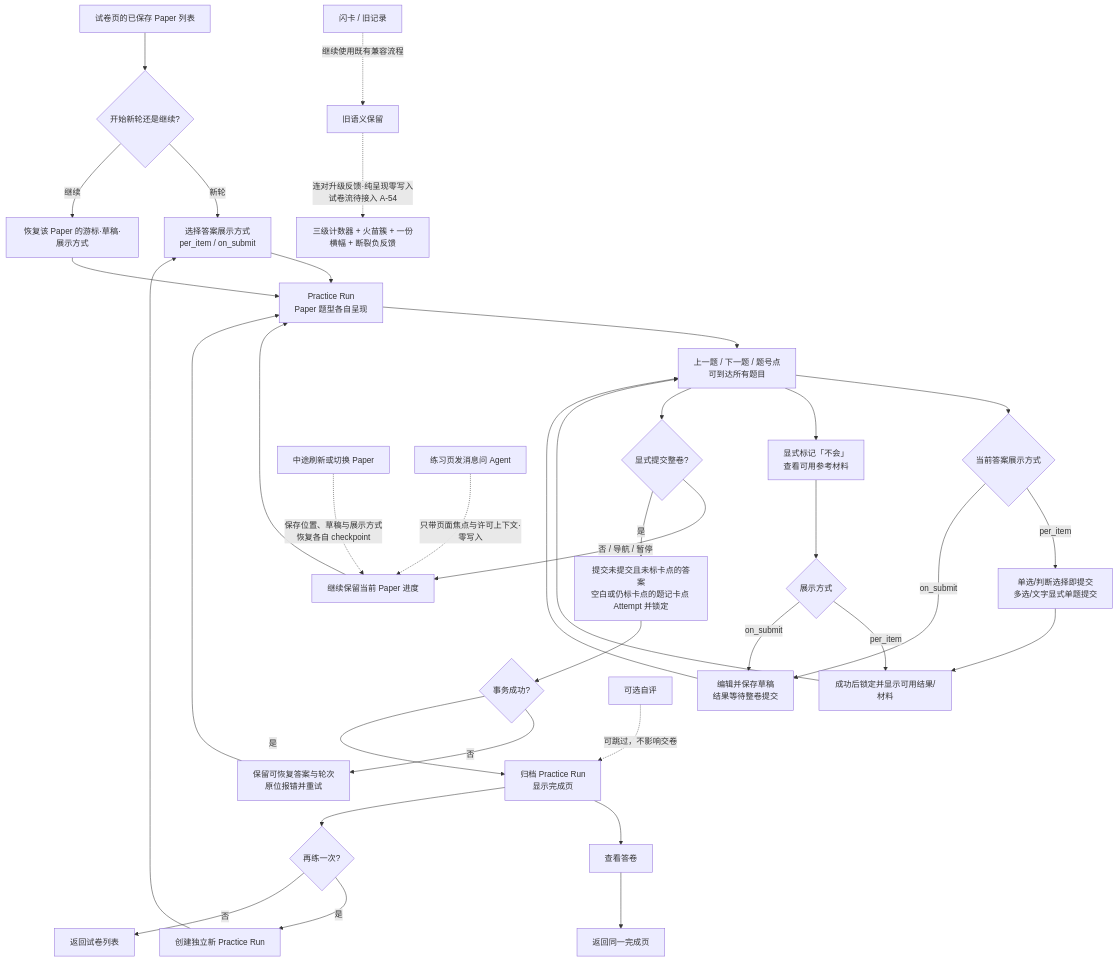
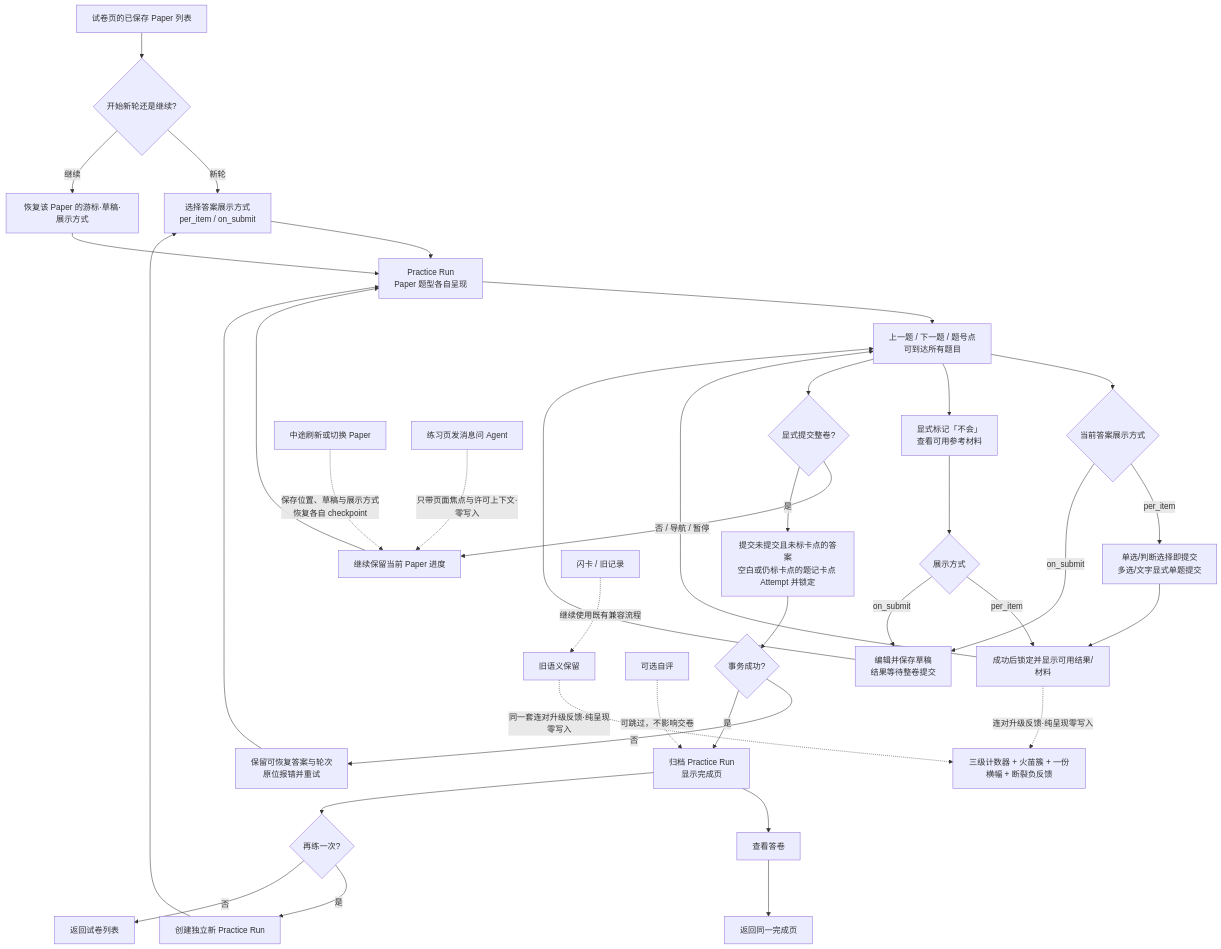
Before and after one commit to Amazinnn/Lesson-Kit: the first of 10 diagrams in docs/action-graph/L4-workflows.md, drawn with Mermaid. The commit also changed other lines of this file and 2 other files, not shown here.

````diff
--- a/docs/action-graph/L4-workflows.md
+++ b/docs/action-graph/L4-workflows.md
@@ -8,34 +8,35 @@
 ```mermaid
 flowchart TD
   A[试卷页的已保存 Paper 列表] --> B{开始新轮还是继续?}
   B -- 新轮 --> C[选择答案展示方式<br/>per_item / on_submit]
   B -- 继续 --> D[恢复该 Paper 的游标·草稿·展示方式]
   C & D --> E[Practice Run<br/>Paper 题型各自呈现]
   E --> F[上一题 / 下一题 / 题号点<br/>可到达所有题目]
   F --> G{当前答案展示方式}
   G -- per_item --> H[单选/判断选择即提交<br/>多选/文字显式单题提交]
   H --> I[成功后锁定并显示可用结果/材料]
   G -- on_submit --> J[编辑并保存草稿<br/>结果等待整卷提交]
   F --> K[显式标记「不会」<br/>查看可用参考材料]
   K --> L{展示方式}
   L -- per_item --> I
   L -- on_submit --> J
   I & J --> F
   F --> M{显式提交整卷?}
   M -- 否 / 导航 / 暂停 --> Z[继续保留当前 Paper 进度]
   Z --> E
   M -- 是 --> N[提交未提交且未标卡点的答案<br/>空白或仍标卡点的题记卡点 Attempt 并锁定]
   N --> O{事务成功?}
   O -- 否 --> P[保留可恢复答案与轮次<br/>原位报错并重试] --> E
   O -- 是 --> Q[归档 Practice Run<br/>显示完成页]
   Q --> R[查看答卷]
   R --> S[返回同一完成页]
   Q --> T{再练一次?}
   T -- 是 --> U[创建独立新 Practice Run] --> C
   T -- 否 --> V[返回试卷列表]
   W[可选自评] -.可跳过，不影响交卷.-> Q
   X1[中途刷新或切换 Paper] -.保存位置、草稿与展示方式<br/>恢复各自 checkpoint.-> Z
   X2[闪卡 / 旧记录] -.继续使用既有兼容流程.-> LEGACY[旧语义保留]
-  LEGACY -.连对升级反馈·纯呈现零写入<br/>试卷流待接入 A-54.-> STREAK[三级计数器 + 火苗簇 + 一份横幅 + 断裂负反馈]
+  LEGACY -.同一套连对升级反馈·纯呈现零写入.-> STREAK[三级计数器 + 火苗簇 + 一份横幅 + 断裂负反馈]
+  I[成功后锁定并显示可用结果/材料] -.连对升级反馈·纯呈现零写入.-> STREAK
   X3[练习页发消息问 Agent] -.只带页面焦点与许可上下文·零写入.-> Z
 ```
````
